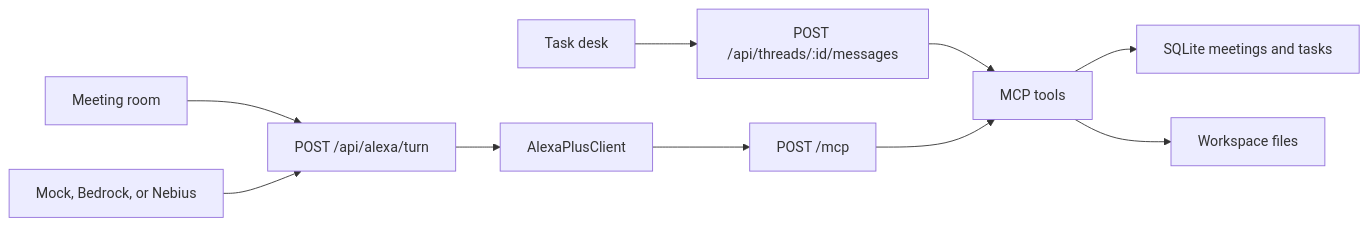
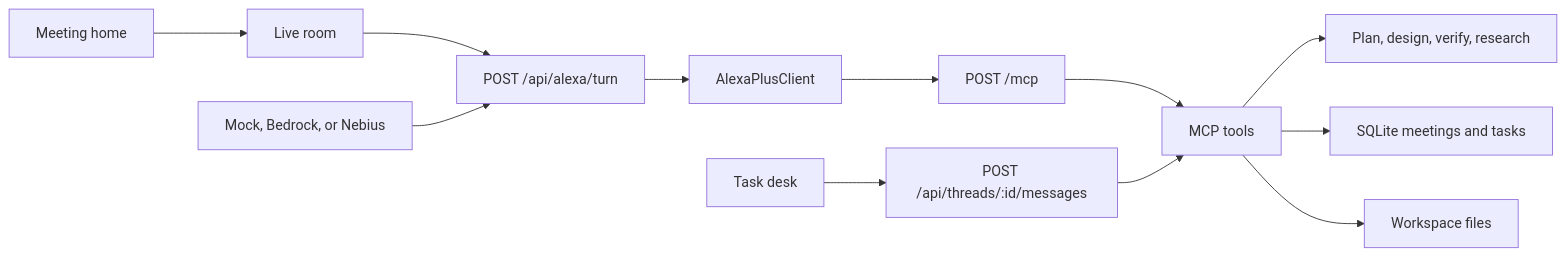
Before and after one commit to liziye627-design/talk2build: the diagram in README.md, drawn with Mermaid. The commit also changed other lines of this file and 31 other files, not shown here.

First line of the commit message:
Make the meeting the home screen and restyle it on WorkBuddy light tokens.

````diff
--- a/README.md
+++ b/README.md
@@ -30,12 +28,14 @@
 ```mermaid
 flowchart LR
-  desk["Task desk"] --> chat["POST /api/threads/:id/messages"]
-  room["Meeting room"] --> turn["POST /api/alexa/turn"]
-  chat --> tools["MCP tools"]
+  home["Meeting home"] --> room["Live room"]
+  room --> turn["POST /api/alexa/turn"]
   turn --> alexa["AlexaPlusClient"]
   alexa --> mcp["POST /mcp"]
-  mcp --> tools
+  mcp --> tools["MCP tools"]
+  tools --> panel["Plan, design, verify, research"]
+  desk["Task desk"] --> chat["POST /api/threads/:id/messages"]
+  chat --> tools
   tools --> db["SQLite meetings and tasks"]
   tools --> files["Workspace files"]
   planner["Mock, Bedrock, or Nebius"] --> turn
 ```
````
